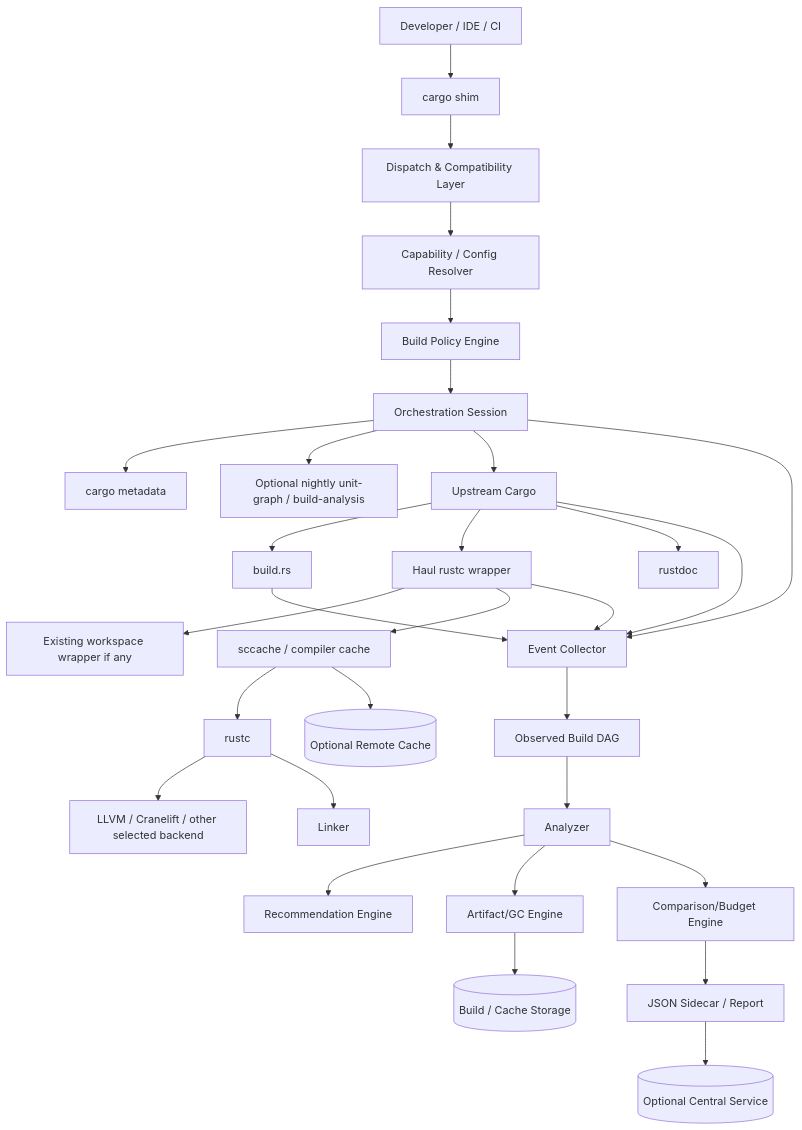
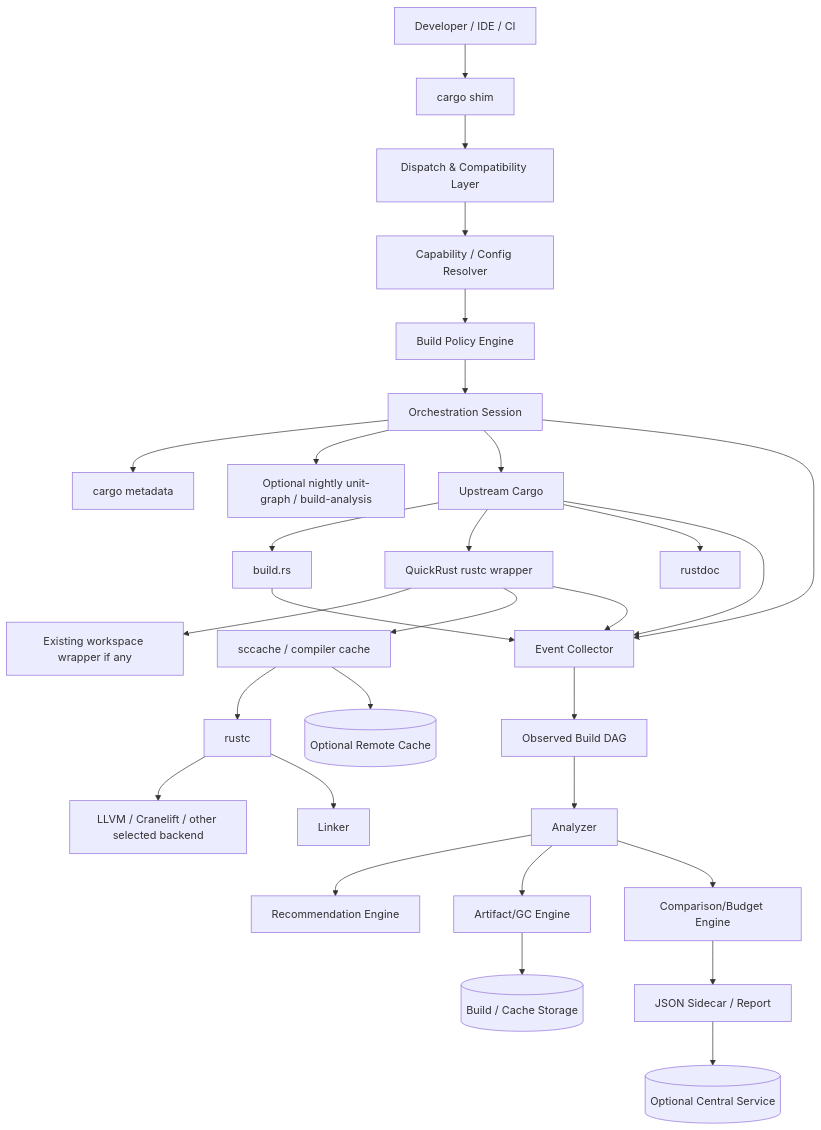
One commit to machinefabric/quickrust changed the first of 7 diagrams in docs/spec.md. Above: the diagram before and after it, drawn with Mermaid. The commit also changed other lines of this file and 87 other files, not shown here.

First line of the commit message:
Haul is now QuickRust; its command is qrust

````diff
--- a/docs/spec.md
+++ b/docs/spec.md
@@ -315,37 +315,37 @@
 ```mermaid
 flowchart TD
     U[Developer / IDE / CI] --> S[cargo shim]
     S --> D[Dispatch & Compatibility Layer]
     D --> C[Capability / Config Resolver]
     C --> P[Build Policy Engine]
     P --> O[Orchestration Session]
 
     O --> M[cargo metadata]
     O --> UC[Optional nightly unit-graph / build-analysis]
     O --> CG[Upstream Cargo]
 
     CG --> BS[build.rs]
-    CG --> RW[Haul rustc wrapper]
+    CG --> RW[QuickRust rustc wrapper]
     CG --> RD[rustdoc]
     RW --> CW[Existing workspace wrapper if any]
     RW --> CC[sccache / compiler cache]
     CC --> RC[rustc]
     RC --> BK[LLVM / Cranelift / other selected backend]
     RC --> LK[Linker]
 
     O --> EV[Event Collector]
     BS --> EV
     RW --> EV
     CG --> EV
     EV --> DAG[Observed Build DAG]
     DAG --> AN[Analyzer]
     AN --> REC[Recommendation Engine]
     AN --> AR[Artifact/GC Engine]
     AN --> CMP[Comparison/Budget Engine]
 
     AR --> FS[(Build / Cache Storage)]
     CC --> REM[(Optional Remote Cache)]
 
     CMP --> JR[JSON Sidecar / Report]
     JR --> CS[(Optional Central Service)]
 ```
````
